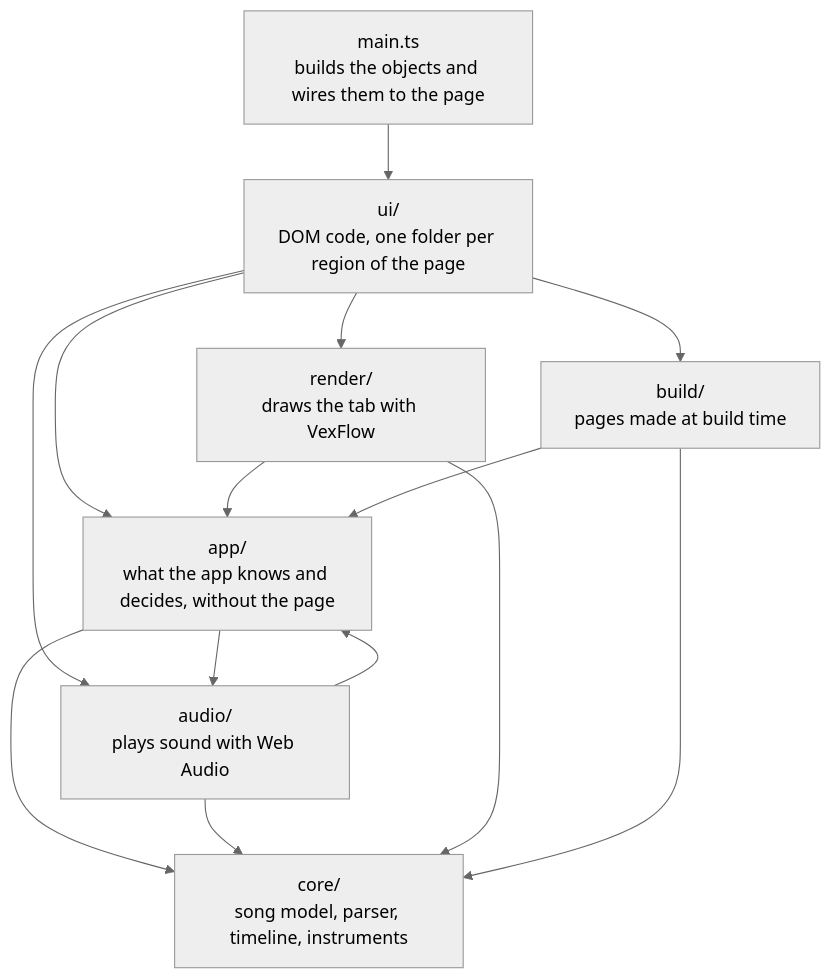
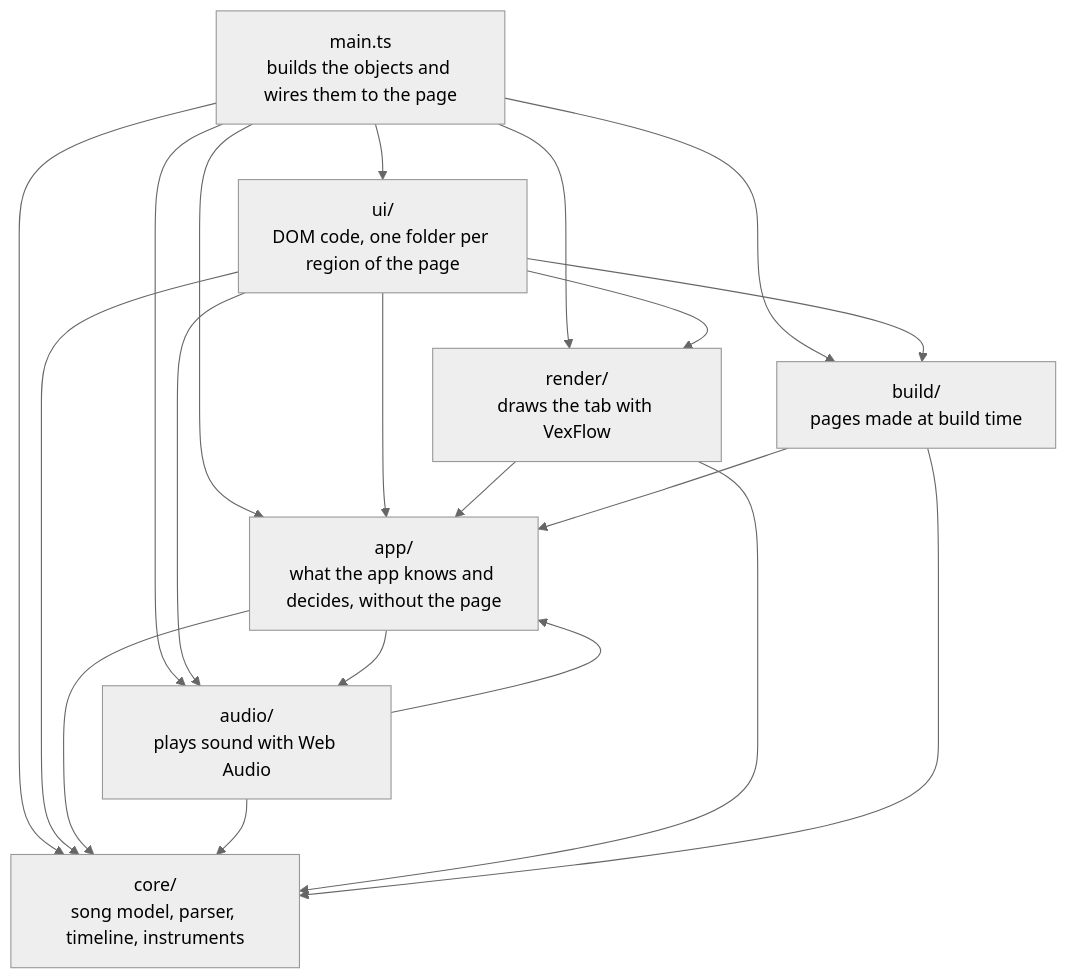
The diagram in docs/architecture.md (Chemaclass/tabtrainer), drawn with Mermaid (neutral theme) before and after one commit. The commit also changed other lines of this file, not shown here.

````diff
--- a/docs/architecture.md
+++ b/docs/architecture.md
@@ -9,15 +9,15 @@
 ```mermaid
 flowchart TD
   main["main.ts<br>builds the objects and wires them to the page"]
   ui["ui/<br>DOM code, one folder per region of the page"]
   render["render/<br>draws the tab with VexFlow"]
   audio["audio/<br>plays sound with Web Audio"]
   build["build/<br>pages made at build time"]
   app["app/<br>what the app knows and decides, without the page"]
   core["core/<br>song model, parser, timeline, instruments"]
-  main --> ui
-  ui --> render & audio & build & app
+  main --> ui & render & audio & build & app & core
+  ui --> render & audio & build & app & core
   render & audio & build --> app
   app --> audio
   app & audio & render & build --> core
 ```
````
